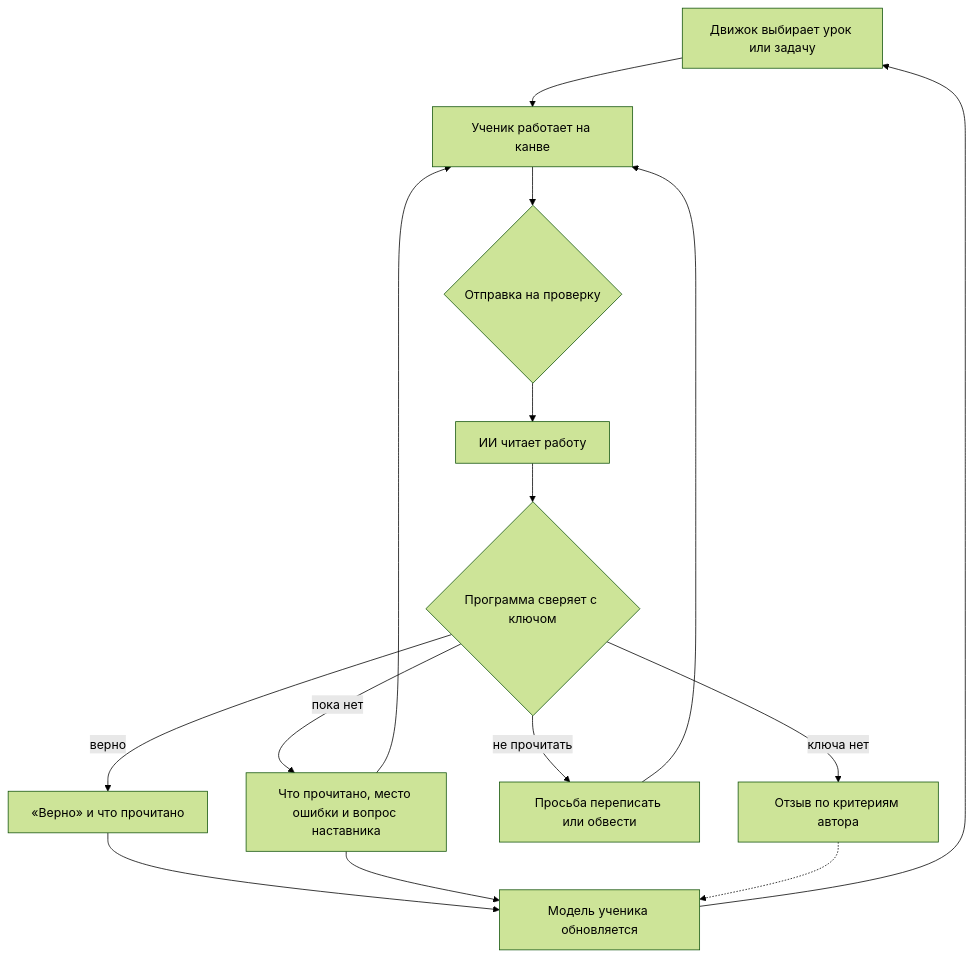
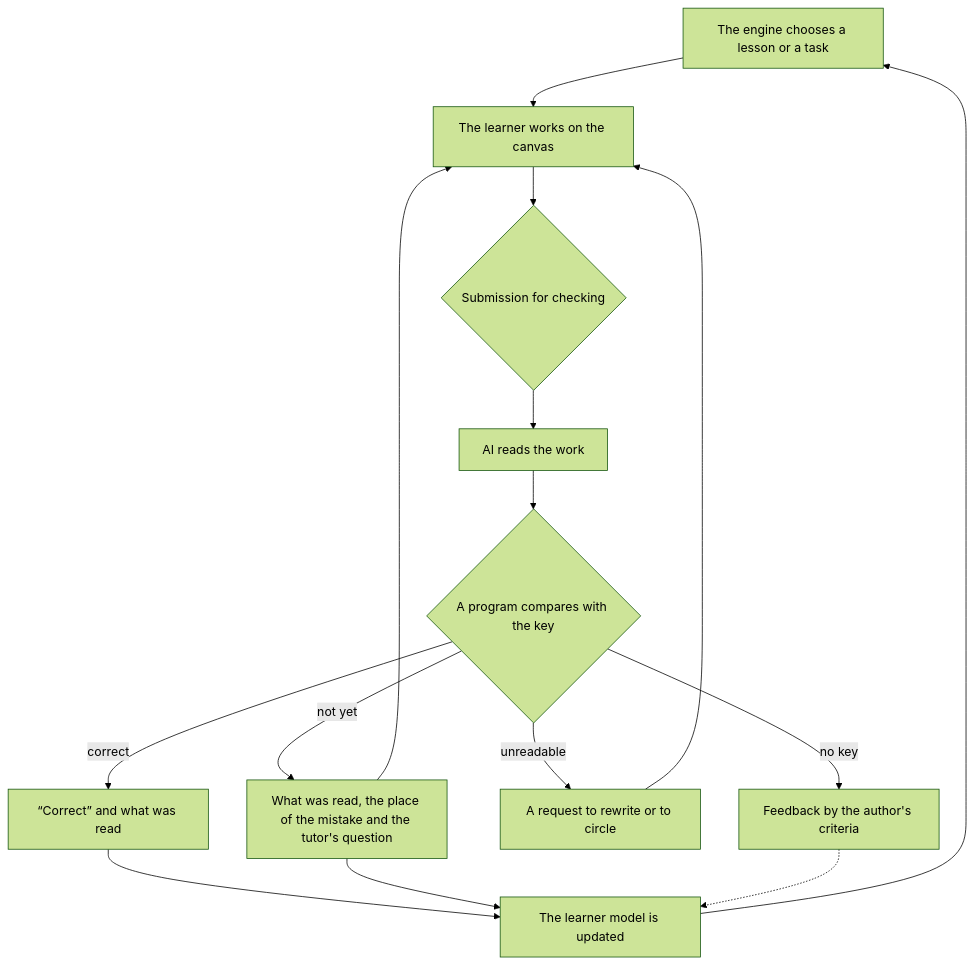
The first of 2 diagrams in docs/product.md (altnovatrail/spec), drawn with Mermaid (forest theme) before and after one commit. The commit also changed other lines of this file and 8 other files, not shown here.

````diff
--- a/docs/product.md
+++ b/docs/product.md
@@ -73,17 +73,17 @@
 ```mermaid
 flowchart TD
-    E["Движок выбирает урок или задачу"] --> W["Ученик работает на канве"]
-    W --> C{"Отправка на проверку"}
-    C --> R["ИИ читает работу"]
-    R --> P{"Программа сверяет с ключом"}
-    P -->|"верно"| OK["«Верно» и что прочитано"]
-    P -->|"пока нет"| NY["Что прочитано, место ошибки и вопрос наставника"]
-    P -->|"не прочитать"| RW["Просьба переписать или обвести"]
-    P -->|"ключа нет"| FB["Отзыв по критериям автора"]
+    E["The engine chooses a lesson or a task"] --> W["The learner works on the canvas"]
+    W --> C{"Submission for checking"}
+    C --> R["AI reads the work"]
+    R --> P{"A program compares with the key"}
+    P -->|"correct"| OK["“Correct” and what was read"]
+    P -->|"not yet"| NY["What was read, the place of the mistake and the tutor's question"]
+    P -->|"unreadable"| RW["A request to rewrite or to circle"]
+    P -->|"no key"| FB["Feedback by the author's criteria"]
     NY --> W
     RW --> W
-    OK --> M["Модель ученика обновляется"]
+    OK --> M["The learner model is updated"]
     NY --> M
     FB -.-> M
     M --> E
 ```
````
